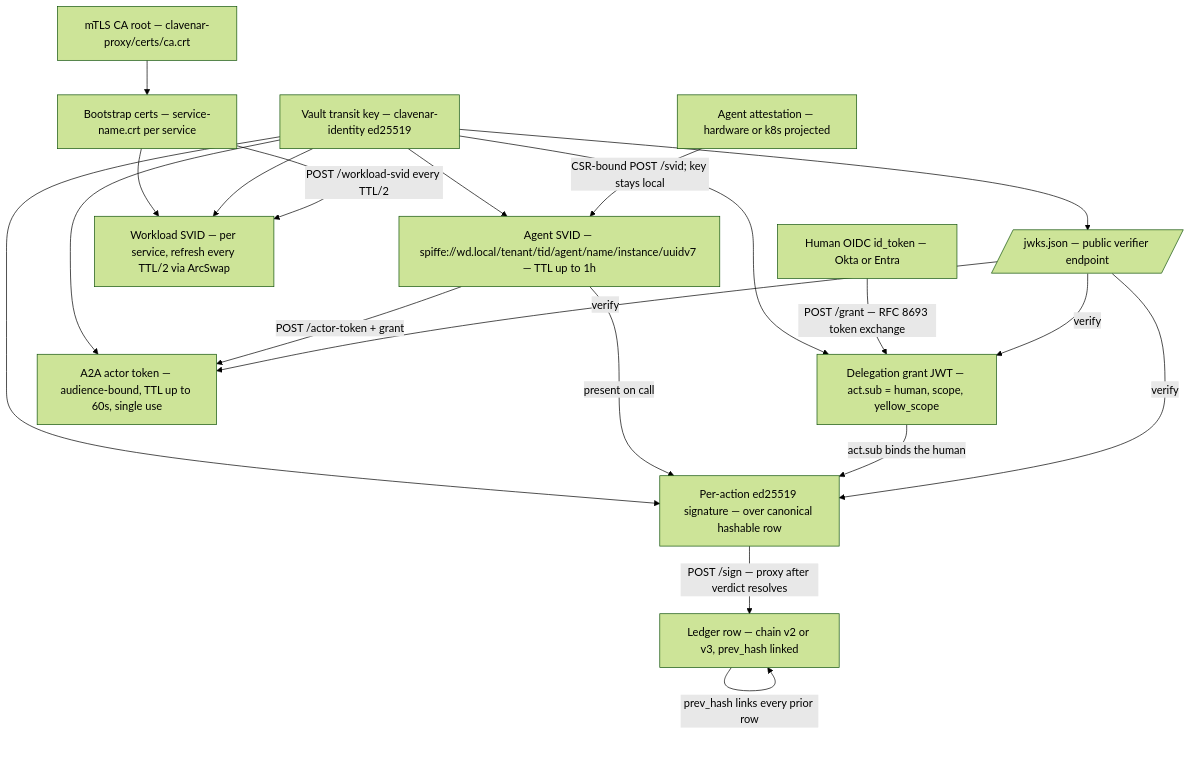
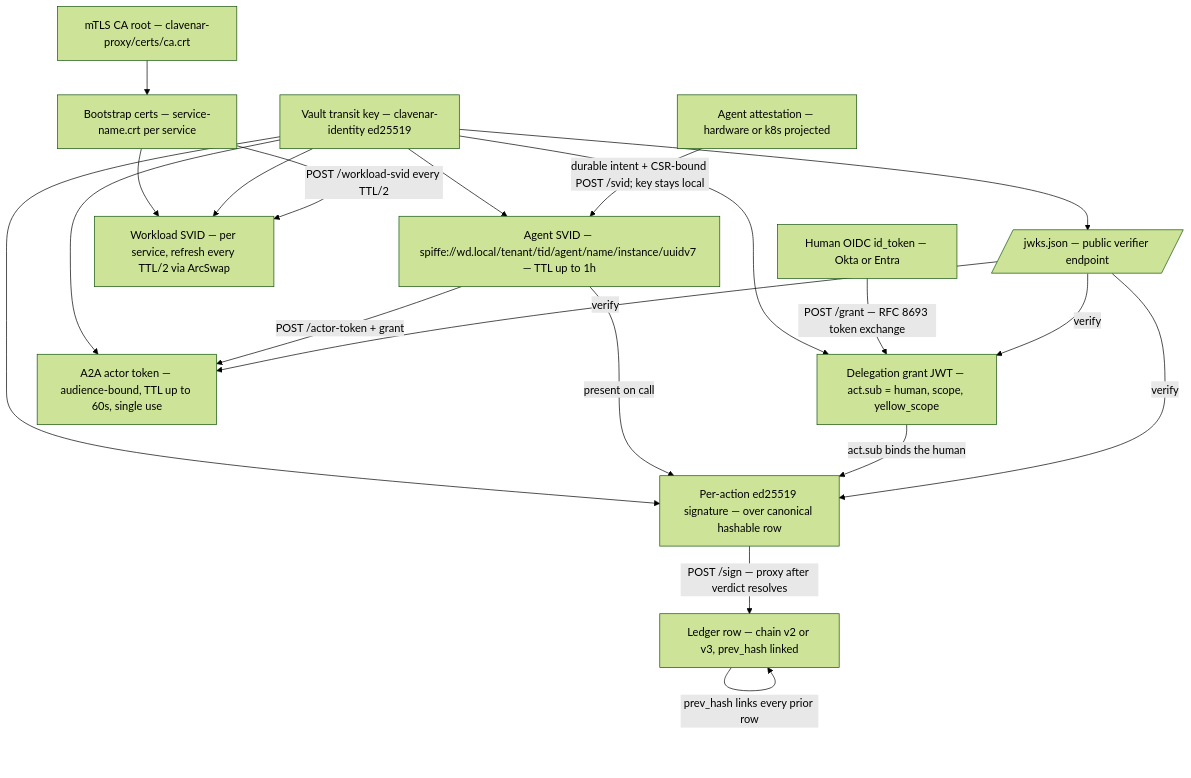
Before and after one commit to clavenar/clavenar-specs: the fifth of 5 diagrams in docs/ARCHITECTURE.md, drawn with Mermaid (forest theme). The commit also changed other lines of this file and 2 other files, not shown here.

Commit message:
specify durable svid lifecycle

````diff
--- a/docs/ARCHITECTURE.md
+++ b/docs/ARCHITECTURE.md
@@ -269,41 +269,41 @@
 ```mermaid
 flowchart TD
   CA[mTLS CA root — clavenar-proxy/certs/ca.crt]
   Vault[Vault transit key — clavenar-identity ed25519]
 
   Bootstrap[Bootstrap certs — service-name.crt per service]
   AgentAttest[Agent attestation — hardware or k8s projected]
   HumanOIDC[Human OIDC id_token — Okta or Entra]
 
   SVID[Agent SVID — spiffe://wd.local/tenant/tid/agent/name/instance/uuidv7 — TTL up to 1h]
   Grant[Delegation grant JWT — act.sub = human, scope, yellow_scope]
   ActorToken[A2A actor token — audience-bound, TTL up to 60s, single use]
   WorkloadSVID[Workload SVID — per service, refresh every TTL/2 via ArcSwap]
   Sign[Per-action ed25519 signature — over canonical hashable row]
   LedgerRow[Ledger row — chain v2 or v3, prev_hash linked]
 
   JWKS[/jwks.json — public verifier endpoint/]
 
   CA --> Bootstrap
   Bootstrap --> WorkloadSVID
   Vault --> SVID
   Vault --> Grant
   Vault --> ActorToken
   Vault --> WorkloadSVID
   Vault --> Sign
 
-  AgentAttest -->|CSR-bound POST /svid; key stays local| SVID
+  AgentAttest -->|durable intent + CSR-bound POST /svid; key stays local| SVID
   HumanOIDC -->|POST /grant — RFC 8693 token exchange| Grant
   SVID -->|POST /actor-token + grant| ActorToken
   Bootstrap -->|POST /workload-svid every TTL/2| WorkloadSVID
 
   SVID -->|present on call| Sign
   Grant -->|act.sub binds the human| Sign
   Sign -->|POST /sign — proxy after verdict resolves| LedgerRow
   LedgerRow -->|prev_hash links every prior row| LedgerRow
 
   Vault --> JWKS
   JWKS -->|verify| Sign
   JWKS -->|verify| Grant
   JWKS -->|verify| ActorToken
 ```
````
